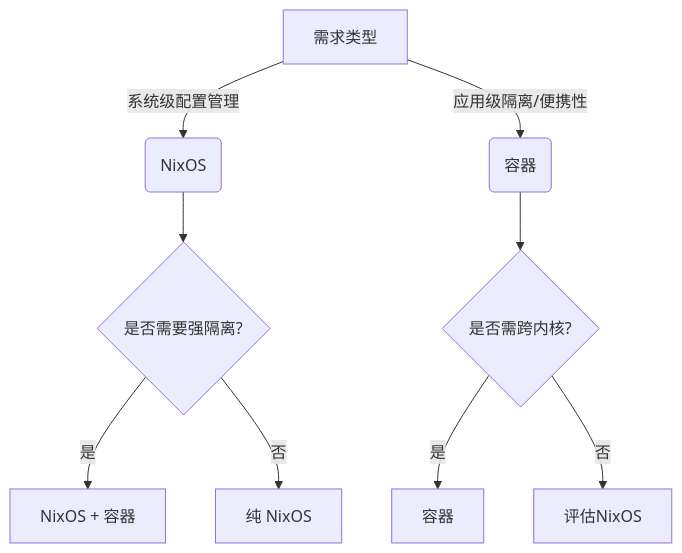
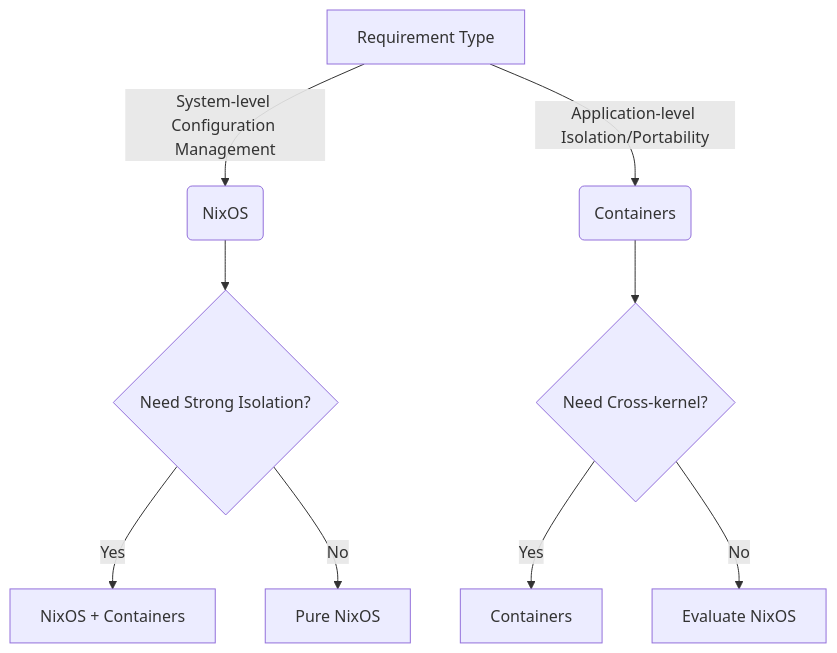
Before and after one commit to liweinan/deepseek-answers: the diagram in files/nixos.md, drawn with Mermaid. The commit also changed other lines of this file and 4 other files, not shown here.

````diff
--- a/files/nixos.md
+++ b/files/nixos.md
@@ -210,11 +210,11 @@
 ```mermaid
 graph TD
-  A[需求类型] -->|系统级配置管理| B(NixOS)
-  A -->|应用级隔离/便携性| C(容器)
-  B --> D{是否需要强隔离?}
-  D -->|是| E[NixOS + 容器]
-  D -->|否| F[纯 NixOS]
-  C --> G{是否需跨内核?}
-  G -->|是| H[容器]
-  G -->|否| I[评估NixOS]
+  A[Requirement Type] -->|System-level Configuration Management| B(NixOS)
+  A -->|Application-level Isolation/Portability| C(Containers)
+  B --> D{Need Strong Isolation?}
+  D -->|Yes| E[NixOS + Containers]
+  D -->|No| F[Pure NixOS]
+  C --> G{Need Cross-kernel?}
+  G -->|Yes| H[Containers]
+  G -->|No| I[Evaluate NixOS]
 ```
````
